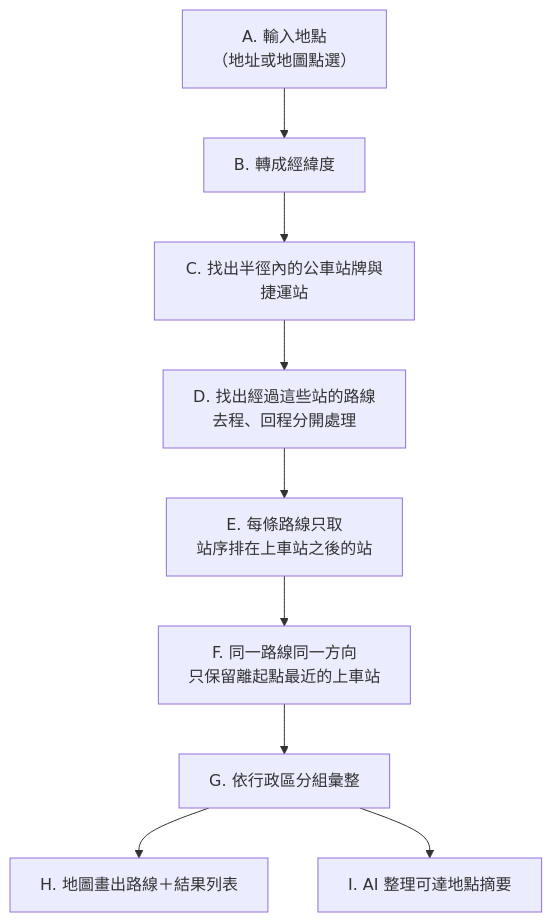
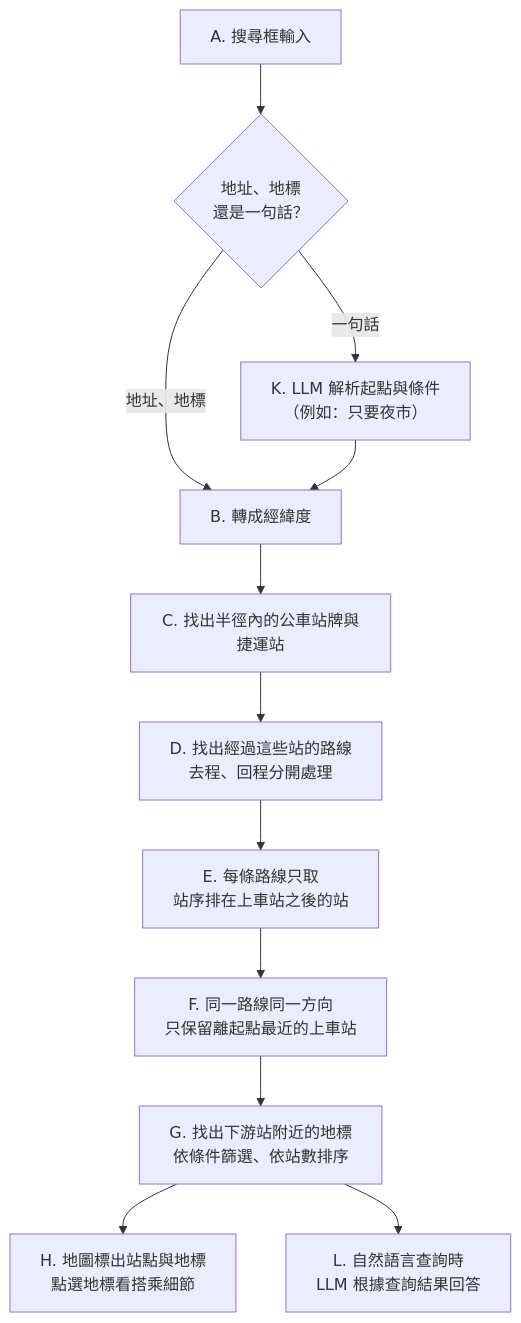
The first of 2 diagrams in proposal.md (transit-reach/dev-notes), drawn with Mermaid before and after one commit. The commit also changed other lines of this file and 28 other files, not shown here.

````diff
--- a/proposal.md
+++ b/proposal.md
@@ -43,11 +44,14 @@
 ```mermaid
 flowchart TD
-    A["A. 輸入地點<br/>（地址或地圖點選）"] --> B["B. 轉成經緯度"]
+    A["A. 搜尋框輸入"] --> J{"地址、地標<br/>還是一句話？"}
+    J -->|"地址、地標"| B["B. 轉成經緯度"]
+    J -->|"一句話"| K["K. LLM 解析起點與條件<br/>（例如：只要夜市）"]
+    K --> B
     B --> C["C. 找出半徑內的公車站牌與捷運站"]
     C --> D["D. 找出經過這些站的路線<br/>去程、回程分開處理"]
     D --> E["E. 每條路線只取<br/>站序排在上車站之後的站"]
     E --> F["F. 同一路線同一方向<br/>只保留離起點最近的上車站"]
-    F --> G["G. 依行政區分組彙整"]
-    G --> H["H. 地圖畫出路線＋結果列表"]
-    G --> I["I. AI 整理可達地點摘要"]
+    F --> G["G. 找出下游站附近的地標<br/>依條件篩選、依站數排序"]
+    G --> H["H. 地圖標出站點與地標<br/>點選地標看搭乘細節"]
+    G --> L["L. 自然語言查詢時<br/>LLM 根據查詢結果回答"]
 ```
````
